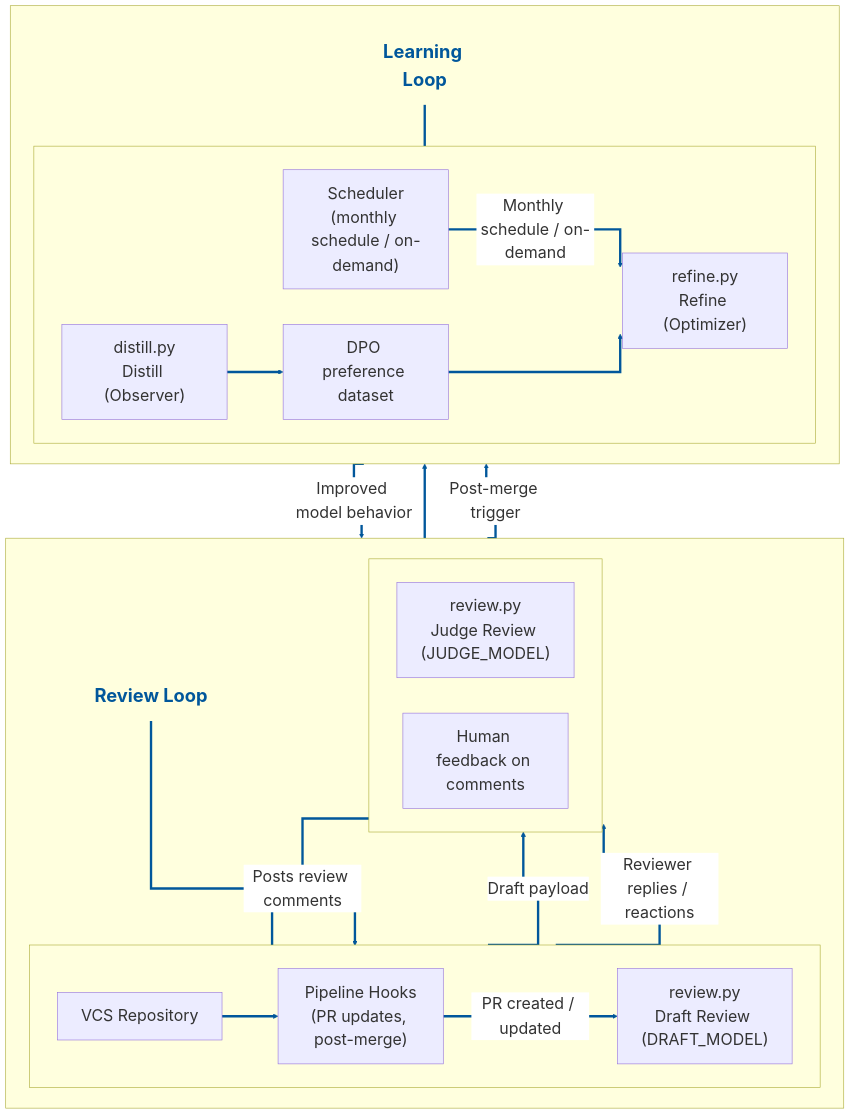
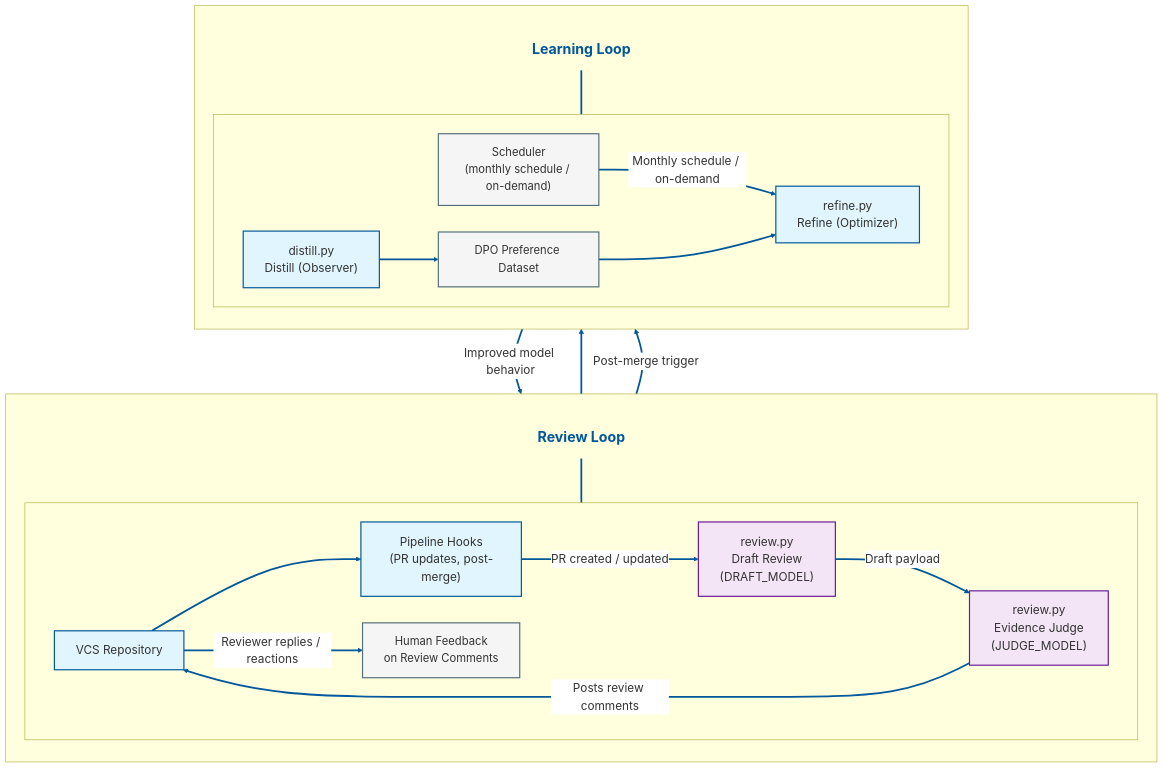
The first of 2 diagrams in README.md (aravin-86/reflex-reviewer), drawn with Mermaid before and after one commit. The commit also changed other lines of this file and 40 other files, not shown here.

Commit message:
reorganize runtime into packages and expand repository-context graph flow

````diff
--- a/README.md
+++ b/README.md
@@ -49,53 +61,54 @@
 ```mermaid
-%%{init: {'themeVariables': {'fontSize': '27px', 'lineColor': '#01579b', 'edgeLabelBackground': '#ffffff'}, 'flowchart': {'curve': 'stepAfter', 'nodeSpacing': 60, 'rankSpacing': 45, 'padding': 20}} }%%
+%%{init: {'themeVariables': {'fontSize': '20px', 'lineColor': '#01579b', 'edgeLabelBackground': '#ffffff'}, 'flowchart': {'curve': 'basis', 'nodeSpacing': 45, 'rankSpacing': 50, 'padding': 18}} }%%
 flowchart TB
-    classDef largeText fill:#e1f5fe,stroke:#01579b,stroke-width:3px,font-size:27px;
-    classDef loopTitle fill:transparent,stroke:transparent,color:#01579b,font-size:31px,font-weight:bold;
-    class repo,pipelineHooks,scheduler,draftReview,judgeReview,feedback,distill,data,refine largeText;
+    classDef primary fill:#e1f5fe,stroke:#01579b,stroke-width:2px,font-size:20px;
+    classDef secondary fill:#f3e5f5,stroke:#6a1b9a,stroke-width:2px,font-size:20px;
+    classDef neutral fill:#f5f5f5,stroke:#546e7a,stroke-width:2px,font-size:19px;
+    classDef loopTitle fill:transparent,stroke:transparent,color:#01579b,font-size:24px,font-weight:bold;
 
     subgraph reviewLoop[" "]
       direction TB
       reviewTitle["Review Loop"]
-      subgraph reviewTop[" "]
+      subgraph reviewRow[" "]
         direction LR
         repo["VCS Repository"]
         pipelineHooks["Pipeline Hooks<br/>(PR updates, post-merge)"]
-        draftReview["review.py<br/>Draft Review (DRAFT_MODEL)"]
-      end
-      subgraph reviewBottom[" "]
-        direction LR
-        judgeReview["review.py<br/>Judge Review (JUDGE_MODEL)"]
-        feedback["Human feedback on comments"]
+        draftReview["review.py<br/>Draft Review<br/>(DRAFT_MODEL)"]
+        judgeReview["review.py<br/>Evidence Judge<br/>(JUDGE_MODEL)"]
+        feedback["Human Feedback<br/>on Review Comments"]
       end
       reviewTitle ~~~ repo
     end
 
     subgraph learningLoop[" "]
       direction TB
       learningTitle["Learning Loop"]
       subgraph learningRow[" "]
         direction LR
         distill["distill.py<br/>Distill (Observer)"]
-        data["DPO preference dataset"]
+        data["DPO Preference Dataset"]
         refine["refine.py<br/>Refine (Optimizer)"]
         scheduler["Scheduler<br/>(monthly schedule / on-demand)"]
       end
       learningTitle ~~~ distill
     end
 
     class reviewTitle,learningTitle loopTitle;
+    class repo,pipelineHooks,distill,refine primary;
+    class draftReview,judgeReview secondary;
+    class feedback,data,scheduler neutral;
 
     repo --> pipelineHooks
     pipelineHooks -->|PR created / updated| draftReview
     draftReview -->|Draft payload| judgeReview
     judgeReview -->|Posts review comments| repo
     repo -->|Reviewer replies / reactions| feedback
     feedback --> distill
     pipelineHooks -->|Post-merge trigger| distill
     distill --> data
     scheduler -->|Monthly schedule / on-demand| refine
     data --> refine
     refine -->|Improved model behavior| draftReview
 
-    linkStyle default stroke:#01579b,stroke-width:4px;
+    linkStyle default stroke:#01579b,stroke-width:3px;
 ```
````
